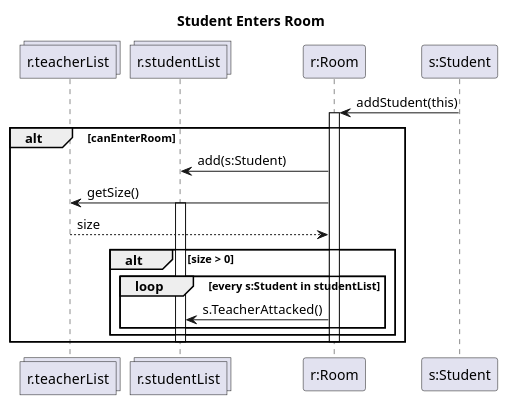
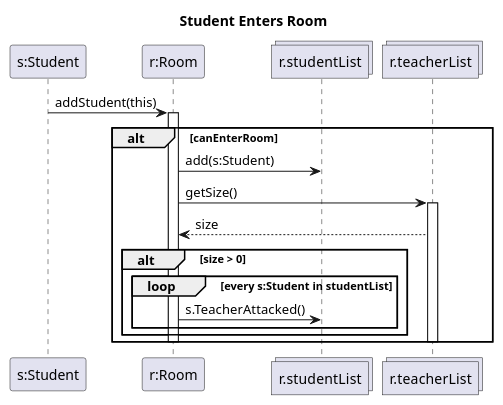
Before and after one commit to MBakter/echo: the diagram in student_enters_room.plantuml, drawn with PlantUML. The commit also changed 6 other files, not shown here.

```diff
--- a/student_enters_room.plantuml
+++ b/student_enters_room.plantuml
@@ -1,25 +1,25 @@
 @startuml 
 title Student Enters Room
+participant "s:Student" as Student
+participant "r:Room" as Room
+collections "r.studentList" as sl
 collections "r.teacherList" as tl
-collections "r.studentList" as sl
-participant "r:Room" as Room
-participant "s:Student" as Student
 
 Student -> Room : addStudent(this)
 alt canEnterRoom
 
     activate Room
         Room -> sl : add(s:Student)
             Room -> tl : getSize()
-            activate sl
+            activate tl
                 tl --> Room : size
 
             alt size > 0
                 loop every s:Student in studentList
                     Room -> sl : s.TeacherAttacked()
                 end
             end
-            deactivate sl
+            deactivate tl
     deactivate Room
 end
 @enduml
```
